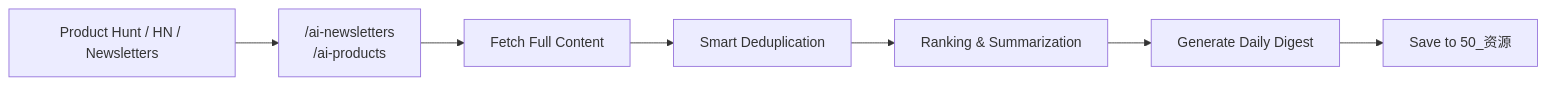
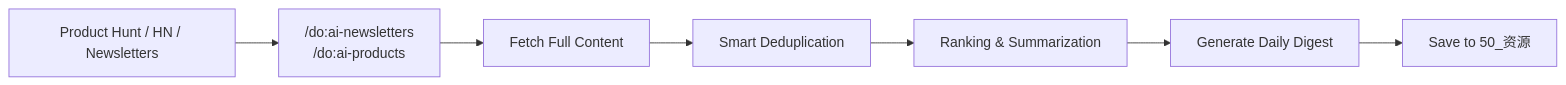
The fourth of 4 diagrams in Architecture.md (dull-bird/DeepOrbit), drawn with Mermaid before and after one commit. The commit also changed other lines of this file and 105 other files, not shown here.

Commit message:
refactor(architecture): Update command paths to include 'do:' prefix and remove deprecated files

````diff
--- a/Architecture.md
+++ b/Architecture.md
@@ -121,9 +121,9 @@
 ```mermaid
 graph LR
-    Sources[Product Hunt / HN / Newsletters] --> Agent["/ai-newsletters</br>/ai-products"]
+    Sources[Product Hunt / HN / Newsletters] --> Agent["/do:ai-newsletters</br>/do:ai-products"]
     Agent --> Fetch[Fetch Full Content]
     Fetch --> Dedup[Smart Deduplication]
     Dedup --> Rank[Ranking & Summarization]
     Rank --> Digest[Generate Daily Digest]
     Digest --> Vault[Save to 50_资源]
 ```
````
